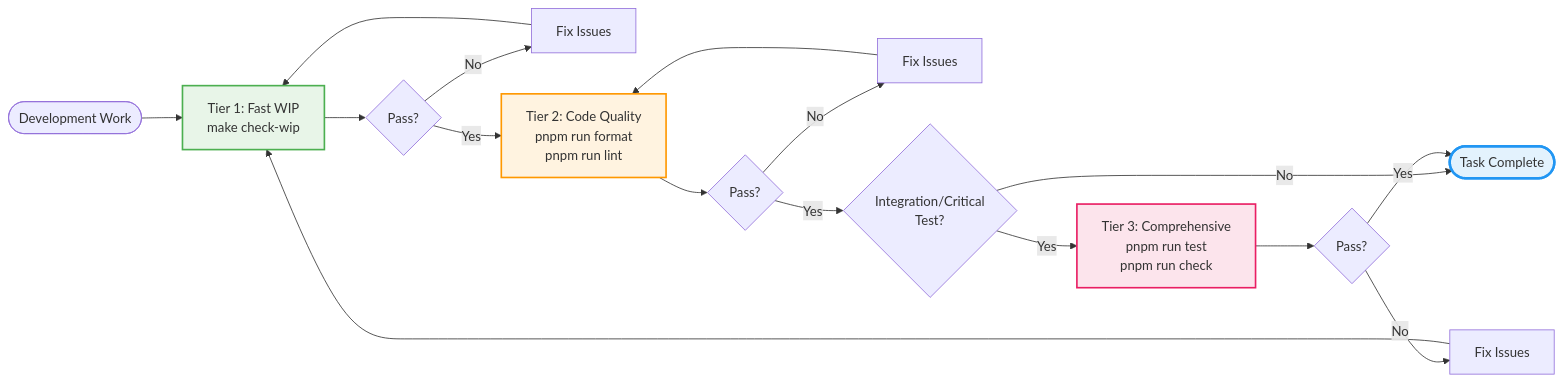
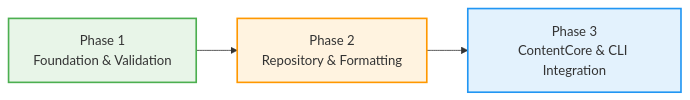
The second of 4 diagrams in PLAN-CONTENT-GENERATION.md (castocolina/learn-cloud), drawn with Mermaid before and after one commit. The commit also changed other lines of this file and 84 other files, not shown here.

First line of the commit message:
refactor(architecture): testing + content generation + task modularity

````diff
--- a/PLAN-CONTENT-GENERATION.md
+++ b/PLAN-CONTENT-GENERATION.md
@@ -241,24 +179,9 @@
 ```mermaid
 flowchart LR
-    Start([Development Work]) --> Tier1[Tier 1: Fast WIP<br/>make check-wip]
-    Tier1 --> Check1{Pass?}
-    Check1 -- No --> Fix1[Fix Issues]
-    Fix1 --> Tier1
-    Check1 -- Yes --> Tier2[Tier 2: Code Quality<br/>pnpm run format<br/>pnpm run lint]
-    Tier2 --> Check2{Pass?}
-    Check2 -- No --> Fix2[Fix Issues]
-    Fix2 --> Tier2
-    Check2 -- Yes --> Critical{Integration/Critical<br/>Test?}
-    Critical -- Yes --> Tier3[Tier 3: Comprehensive<br/>pnpm run test<br/>pnpm run check]
-    Critical -- No --> Complete([Task Complete])
-    Tier3 --> Check3{Pass?}
-    Check3 -- No --> Fix3[Fix Issues]
-    Fix3 --> Tier1
-    Check3 -- Yes --> Complete
+    P1["Phase 1<br/>Foundation & Validation"] --> P2["Phase 2<br/>Repository & Formatting"]
+    P2 --> P3["Phase 3<br/>ContentCore & CLI Integration"]
 
-    %% Styling
-    style Tier1 fill:#e8f5e8,stroke:#4caf50,stroke-width:2px
-    style Tier2 fill:#fff3e0,stroke:#ff9800,stroke-width:2px
-    style Tier3 fill:#fce4ec,stroke:#e91e63,stroke-width:2px
-    style Complete fill:#e3f2fd,stroke:#2196f3,stroke-width:3px
+    style P1 fill:#e8f5e8,stroke:#4caf50,stroke-width:2px
+    style P2 fill:#fff3e0,stroke:#ff9800,stroke-width:2px
+    style P3 fill:#e3f2fd,stroke:#2196f3,stroke-width:2px
 ```
````
